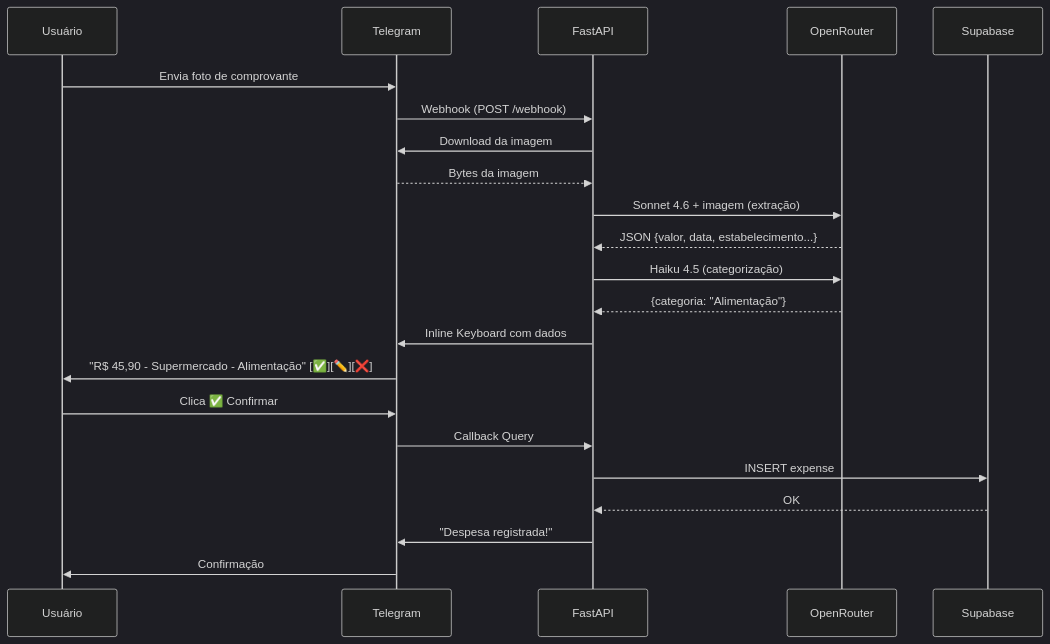
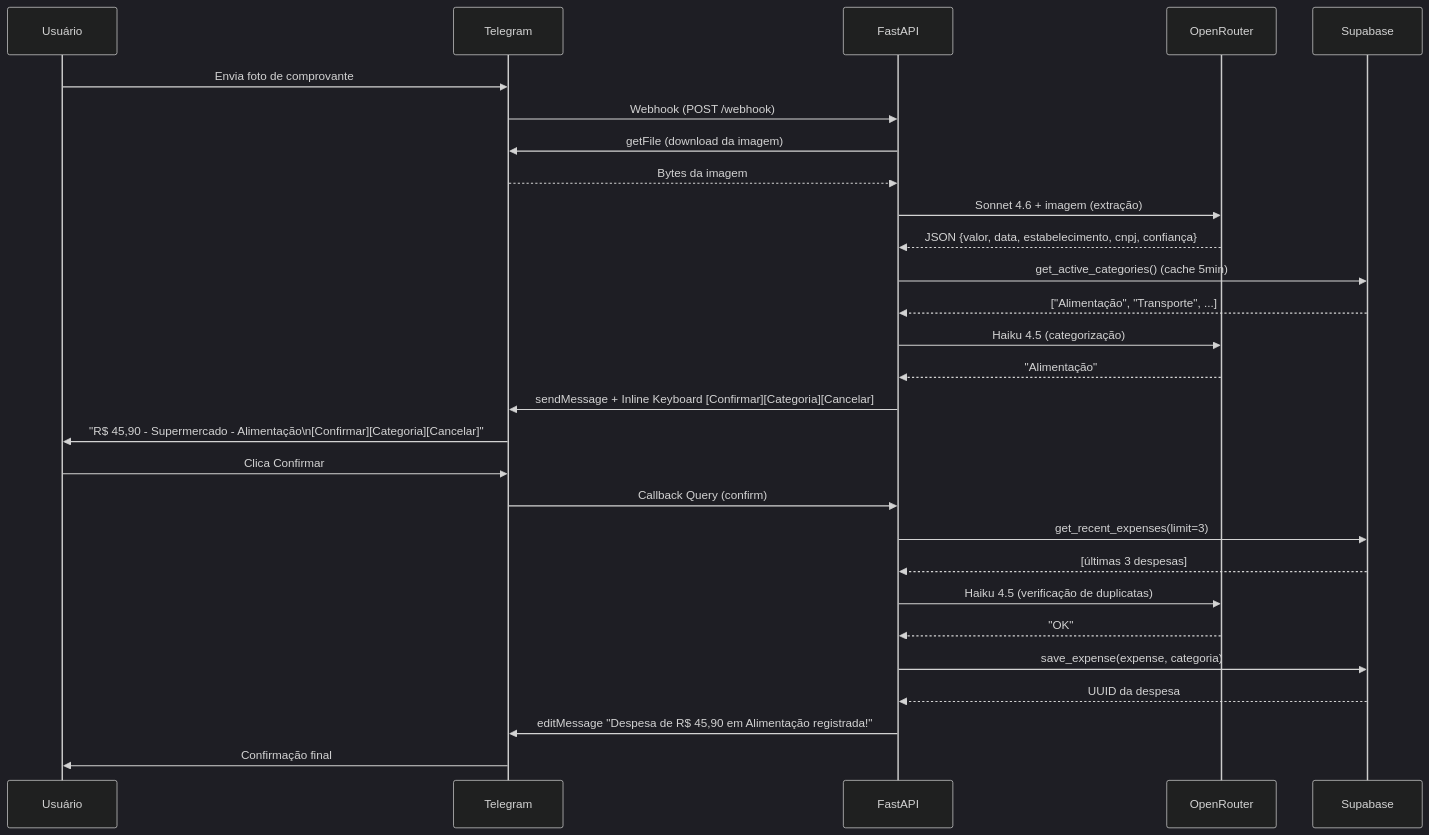
The third of 3 diagrams in docs/ARCHITECTURE-DIAGRAM.md (nathanfiorito/personal-finances-backend), drawn with Mermaid (dark theme) before and after one commit. The commit also changed other lines of this file and 24 other files, not shown here.

Commit message:
Remove outdated POC and MVP documentation files; add comprehensive API reference for FinBot, detailing endpoints, database schema, and data models.

````diff
--- a/docs/ARCHITECTURE-DIAGRAM.md
+++ b/docs/ARCHITECTURE-DIAGRAM.md
@@ -76,25 +101,40 @@
 ```mermaid
 sequenceDiagram
     participant U as Usuário
     participant T as Telegram
     participant F as FastAPI
     participant OR as OpenRouter
     participant DB as Supabase
 
     U->>T: Envia foto de comprovante
     T->>F: Webhook (POST /webhook)
-    F->>T: Download da imagem
+    F->>T: getFile (download da imagem)
     T-->>F: Bytes da imagem
+
     F->>OR: Sonnet 4.6 + imagem (extração)
-    OR-->>F: JSON {valor, data, estabelecimento...}
+    OR-->>F: JSON {valor, data, estabelecimento, cnpj, confiança}
+
+    F->>DB: get_active_categories() (cache 5min)
+    DB-->>F: ["Alimentação", "Transporte", ...]
+
     F->>OR: Haiku 4.5 (categorização)
-    OR-->>F: {categoria: "Alimentação"}
-    F->>T: Inline Keyboard com dados
-    T->>U: "R$ 45,90 - Supermercado - Alimentação" [✅][✏️][❌]
-    U->>T: Clica ✅ Confirmar
-    T->>F: Callback Query
-    F->>DB: INSERT expense
-    DB-->>F: OK
-    F->>T: "Despesa registrada!"
-    T->>U: Confirmação
+    OR-->>F: "Alimentação"
+
+    F->>T: sendMessage + Inline Keyboard [Confirmar][Categoria][Cancelar]
+    T->>U: "R$ 45,90 - Supermercado - Alimentação\n[Confirmar][Categoria][Cancelar]"
+
+    U->>T: Clica Confirmar
+    T->>F: Callback Query (confirm)
+
+    F->>DB: get_recent_expenses(limit=3)
+    DB-->>F: [últimas 3 despesas]
+
+    F->>OR: Haiku 4.5 (verificação de duplicatas)
+    OR-->>F: "OK"
+
+    F->>DB: save_expense(expense, categoria)
+    DB-->>F: UUID da despesa
+
+    F->>T: editMessage "Despesa de R$ 45,90 em Alimentação registrada!"
+    T->>U: Confirmação final
 ```
````
